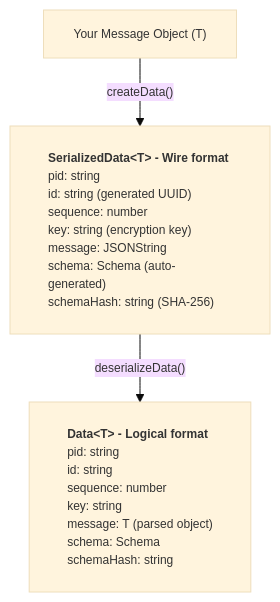
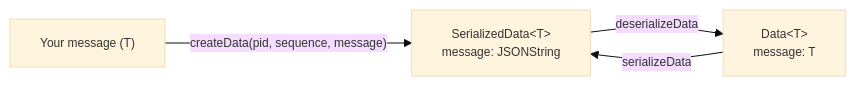
One commit to AndrewRedican/hyperfrontend changed the diagram in libs/network-protocol/src/lib/data/README.md. Above: the diagram before and after it, drawn with Mermaid. The commit also changed other lines of this file and 28 other files, not shown here.

````diff
--- a/libs/network-protocol/src/lib/data/README.md
+++ b/libs/network-protocol/src/lib/data/README.md
@@ -58,12 +63,12 @@
 ```mermaid
-%%{init: {'theme':'base', 'themeVariables': {'fontSize':'12px'}, 'flowchart':{'htmlLabels':true}}}%%
-flowchart TB
-    MessageObj["Your Message Object (T)"]
-
-    SerializedData["<div style='text-align: left; padding: 8px;'><b>SerializedData&lt;T&gt; - Wire format</b><br/>pid: string<br/>id: string (generated UUID)<br/>sequence: number<br/>key: string (encryption key)<br/>message: JSONString<br/>schema: Schema (auto-generated)<br/>schemaHash: string (SHA-256)</div>"]
-
-    DataT["<div style='text-align: left; padding: 8px;'><b>Data&lt;T&gt; - Logical format</b><br/>pid: string<br/>id: string<br/>sequence: number<br/>key: string<br/>message: T (parsed object)<br/>schema: Schema<br/>schemaHash: string</div>"]
-
-    MessageObj -->|"createData()"| SerializedData
-    SerializedData -->|"deserializeData()"| DataT
+---
+config:
+  theme: base
+  themeVariables:
+    fontSize: 12px
+---
+flowchart LR
+    Message["Your message (T)"] -->|"createData(pid, sequence, message)"| Serialized["SerializedData&lt;T&gt;<br/>message: JSONString"]
+    Serialized -->|"deserializeData"| Data["Data&lt;T&gt;<br/>message: T"]
+    Data -->|"serializeData"| Serialized
 ```
````
